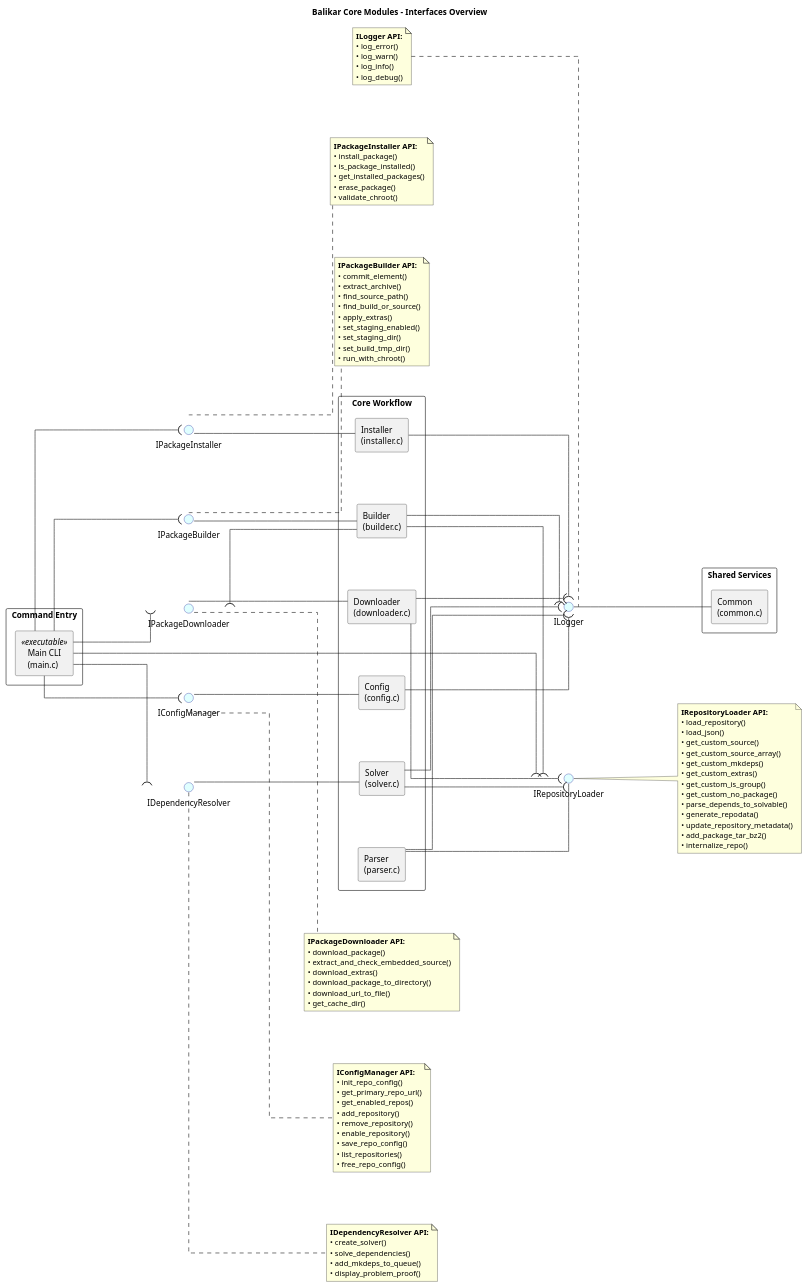
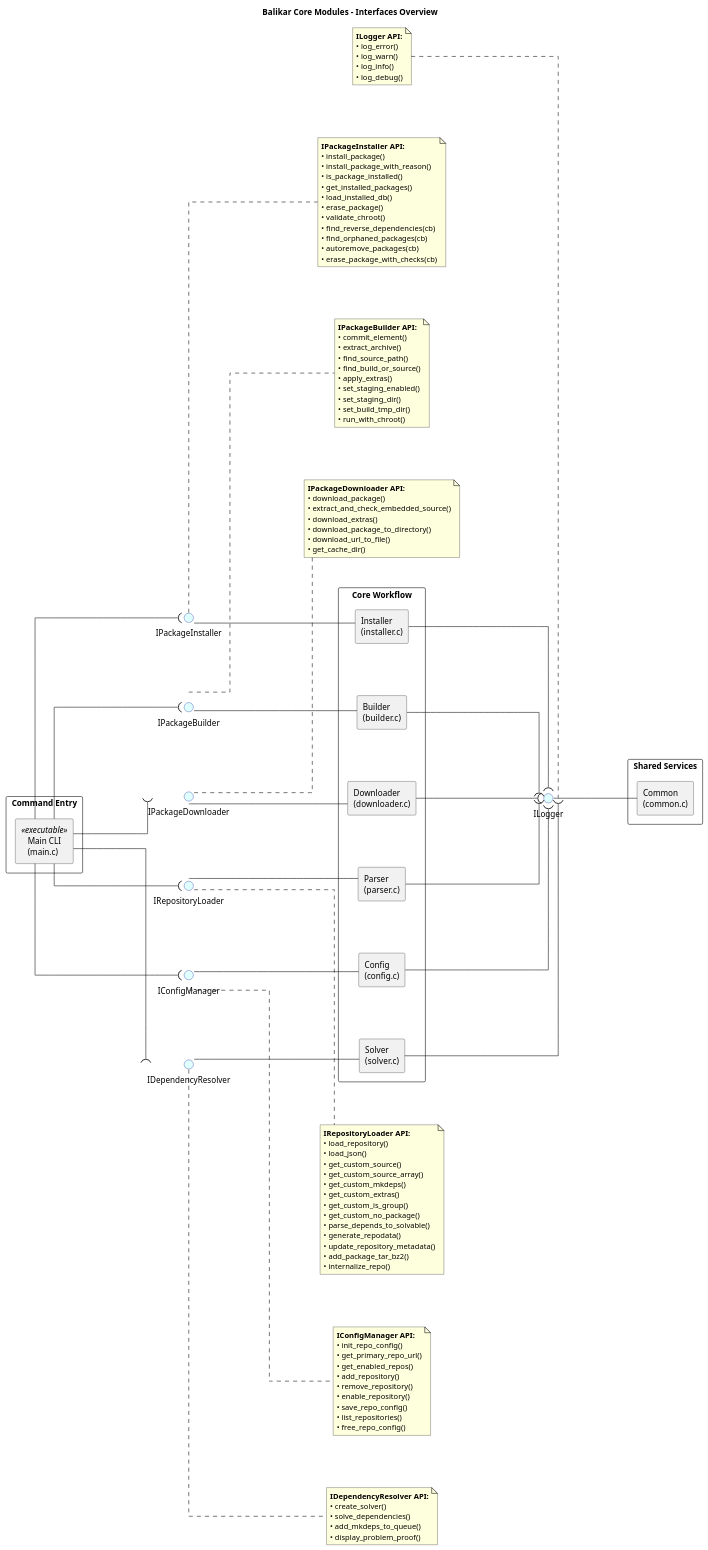
One commit to JanPL00/Balikar changed the diagram in doc/diagrams/component_core.puml. Above: the diagram before and after it, drawn with PlantUML. The commit also changed 13 other files, not shown here.

```diff
--- a/doc/diagrams/component_core.puml
+++ b/doc/diagrams/component_core.puml
@@ -1,148 +1,154 @@
 @startuml Balikar Core Components
 
 title Balikar Core Modules – Interfaces Overview
 
 left to right direction
 skinparam componentStyle rectangle
 skinparam interfaceBackgroundColor LightCyan
 skinparam interfaceBorderColor DarkBlue
 skinparam nodesep 90
 skinparam ranksep 120
 skinparam linetype ortho
 
 rectangle "Command Entry" {
 	component [Main CLI\n(main.c)] as main <<executable>>
 }
 
 ' Core components (ordered by workflow)
 rectangle "Core Workflow" {
 	component [Config\n(config.c)] as config
 	component [Parser\n(parser.c)] as parser
 	component [Solver\n(solver.c)] as solver
 	component [Downloader\n(downloader.c)] as downloader
 	component [Builder\n(builder.c)] as builder
 	component [Installer\n(installer.c)] as installer
 }
 
 rectangle "Shared Services" {
 	component [Common\n(common.c)] as common
 }
 
 ' Provided interfaces (lollipop)
 interface "IRepositoryLoader" as IRepoLoader
 interface "IDependencyResolver" as IDepResolver
 interface "IPackageDownloader" as IPkgDownloader
 interface "IPackageBuilder" as IPkgBuilder
 interface "IPackageInstaller" as IPkgInstaller
 interface "IConfigManager" as IConfigMgr
 interface "ILogger" as ILogger
 
 config -up- IConfigMgr
 parser -up- IRepoLoader
 solver -up- IDepResolver
 downloader -up- IPkgDownloader
 builder -up- IPkgBuilder
 installer -up- IPkgInstaller
 common -up- ILogger
 
 ' Interface method descriptions
 note right of IConfigMgr
   **IConfigManager API:**
   • init_repo_config()
   • get_primary_repo_url()
   • get_enabled_repos()
   • add_repository()
   • remove_repository()
   • enable_repository()
   • save_repo_config()
   • list_repositories()
   • free_repo_config()
 end note
 
 note right of IRepoLoader
   **IRepositoryLoader API:**
   • load_repository()
   • load_json()
   • get_custom_source()
   • get_custom_source_array()
   • get_custom_mkdeps()
   • get_custom_extras()
   • get_custom_is_group()
   • get_custom_no_package()
   • parse_depends_to_solvable()
   • generate_repodata()
   • update_repository_metadata()
   • add_package_tar_bz2()
   • internalize_repo()
 end note
 
 note right of IDepResolver
   **IDependencyResolver API:**
   • create_solver()
   • solve_dependencies()
   • add_mkdeps_to_queue()
   • display_problem_proof()
 end note
 
 note right of IPkgDownloader
   **IPackageDownloader API:**
   • download_package()
   • extract_and_check_embedded_source()
   • download_extras()
   • download_package_to_directory()
   • download_url_to_file()
   • get_cache_dir()
 end note
 
 note right of IPkgBuilder
   **IPackageBuilder API:**
   • commit_element()
   • extract_archive()
   • find_source_path()
   • find_build_or_source()
   • apply_extras()
   • set_staging_enabled()
   • set_staging_dir()
   • set_build_tmp_dir()
   • run_with_chroot()
 end note
 
 note right of IPkgInstaller
   **IPackageInstaller API:**
   • install_package()
+  • install_package_with_reason()
   • is_package_installed()
   • get_installed_packages()
+  • load_installed_db()
   • erase_package()
   • validate_chroot()
+  • find_reverse_dependencies(cb)
+  • find_orphaned_packages(cb)
+  • autoremove_packages(cb)
+  • erase_package_with_checks(cb)
 end note
 
 note left of ILogger
   **ILogger API:**
   • log_error()
   • log_warn()
   • log_info()
   • log_debug()
 end note
 
 ' Required interfaces (socket) – assembly connectors
 main --( IRepoLoader
 main --( IDepResolver
 main --( IPkgDownloader
 main --( IPkgBuilder
 main --( IPkgInstaller
 main --( IConfigMgr
 
-builder --( IRepoLoader
-builder --( IPkgDownloader
-solver --( IRepoLoader
-downloader --( IRepoLoader
+' NOTE: No direct cross-module dependencies exist between core modules.
+' All inter-module communication goes through main.c using callbacks.
+' solver.c accepts mkdeps_cb, load_db_cb, erase_cb function pointers
+' that main.c wires to parser.c and installer.c functions.
 
 ' Logging dependency via ILogger interface
 parser --( ILogger
 solver --( ILogger
 downloader --( ILogger
 builder --( ILogger
 installer --( ILogger
 config --( ILogger
 
 @enduml
```
